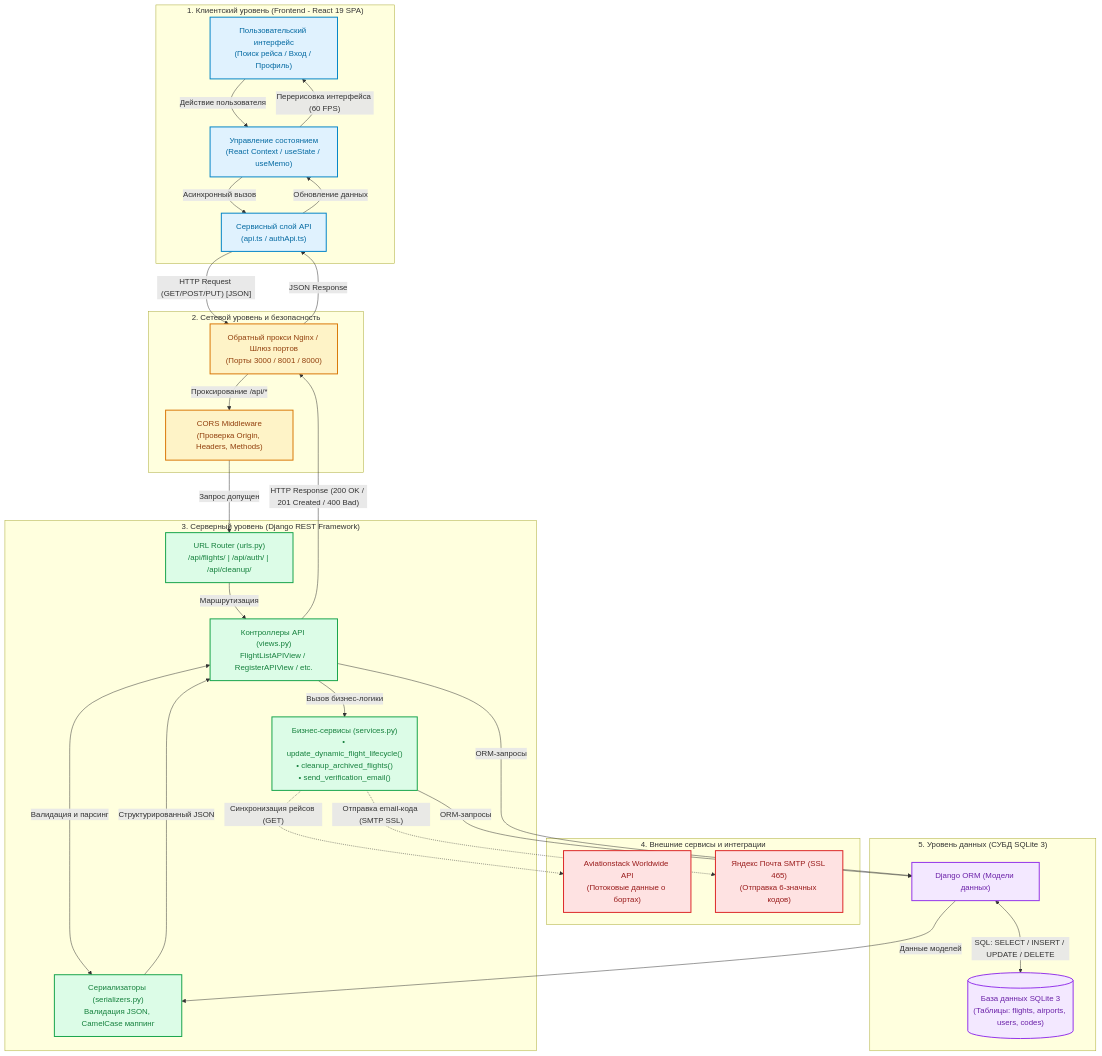
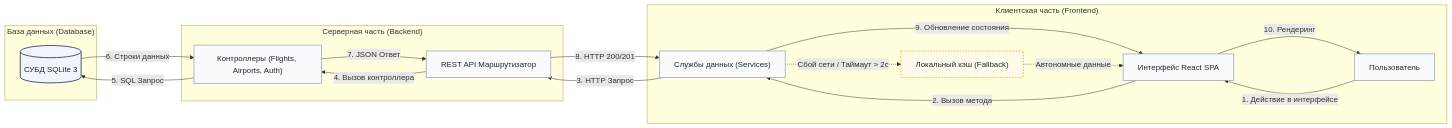
The diagram in docs/REQUEST_FLOW_DIAGRAM.md (Shonni123/RPI_Kurs), drawn with Mermaid before and after one commit. The commit also changed other lines of this file and 1 other file, not shown here.

Commit message:
docs(diagrams): align request flow diagram with 10-step horizontal architecture standard

````diff
--- a/docs/REQUEST_FLOW_DIAGRAM.md
+++ b/docs/REQUEST_FLOW_DIAGRAM.md
@@ -11,64 +9,45 @@
 ```mermaid
-flowchart TD
-    %% Стилизация узлов
-    classDef client fill:#E0F2FE,stroke:#0284C7,stroke-width:2px,color:#0369A1;
-    classDef network fill:#FEF3C7,stroke:#D97706,stroke-width:2px,color:#92400E;
-    classDef backend fill:#DCFCE7,stroke:#16A34A,stroke-width:2px,color:#15803D;
-    classDef database fill:#F3E8FF,stroke:#9333EA,stroke-width:2px,color:#6B21A8;
-    classDef external fill:#FEE2E2,stroke:#DC2626,stroke-width:2px,color:#991B1B;
-
-    subgraph ClientLayer ["1. Клиентский уровень (Frontend - React 19 SPA)"]
-        UI["Пользовательский интерфейс<br/>(Поиск рейса / Вход / Профиль)"]:::client
-        State["Управление состоянием<br/>(React Context / useState / useMemo)"]:::client
-        ApiService["Сервисный слой API<br/>(api.ts / authApi.ts)"]:::client
+flowchart LR
+    subgraph DB ["База данных (Database)"]
+        SQLite[("СУБД SQLite 3")]
     end
 
-    subgraph NetworkLayer ["2. Сетевой уровень и безопасность"]
-        Gateway["Обратный прокси Nginx / Шлюз портов<br/>(Порты 3000 / 8001 / 8000)"]:::network
-        CORS["CORS Middleware<br/>(Проверка Origin, Headers, Methods)"]:::network
+    subgraph Backend ["Серверная часть (Backend)"]
+        Controllers["Контроллеры (Flights, Airports, Auth)"]
+        Router["REST API Маршрутизатор"]
     end
 
-    subgraph BackendLayer ["3. Серверный уровень (Django REST Framework)"]
-        UrlConf["URL Router (urls.py)<br/>/api/flights/ | /api/auth/ | /api/cleanup/"]:::backend
-        Views["Контроллеры API (views.py)<br/>FlightListAPIView / RegisterAPIView / etc."]:::backend
-        Serializers["Сериализаторы (serializers.py)<br/>Валидация JSON, CamelCase маппинг"]:::backend
-        Services["Бизнес-сервисы (services.py)<br/>• update_dynamic_flight_lifecycle()<br/>• cleanup_archived_flights()<br/>• send_verification_email()"]:::backend
+    subgraph Frontend ["Клиентская часть (Frontend)"]
+        Services["Службы данных (Services)"]
+        Fallback["Локальный кэш (Fallback)"]
+        UI["Интерфейс React SPA"]
+        User["Пользователь"]
     end
 
-    subgraph ExternalServices ["4. Внешние сервисы и интеграции"]
-        Aviationstack["Aviationstack Worldwide API<br/>(Потоковые данные о бортах)"]:::external
-        YandexSMTP["Яндекс Почта SMTP (SSL 465)<br/>(Отправка 6-значных кодов)"]:::external
-    end
+    %% Прямой поток запроса (Нижний контур: 1 -> 5)
+    User -->|"1. Действие в интерфейсе"| UI
+    UI -->|"2. Вызов метода"| Services
+    Services -->|"3. HTTP Запрос"| Router
+    Router -->|"4. Вызов контроллера"| Controllers
+    Controllers -->|"5. SQL Запрос"| SQLite
 
-    subgraph DatabaseLayer ["5. Уровень данных (СУБД SQLite 3)"]
-        DjangoORM["Django ORM (Модели данных)"]:::database
-        SQLite[("База данных SQLite 3<br/>(Таблицы: flights, airports, users, codes)")]:::database
-    end
+    %% Обратный поток ответа (Верхний контур: 6 -> 10)
+    SQLite -->|"6. Строки данных"| Controllers
+    Controllers -->|"7. JSON Ответ"| Router
+    Router -->|"8. HTTP 200/201"| Services
+    Services -->|"9. Обновление состояния"| UI
+    UI -->|"10. Рендеринг"| User
 
-    %% Потоки запросов
-    UI -->|"Действие пользователя"| State
-    State -->|"Асинхронный вызов"| ApiService
-    ApiService -->|"HTTP Request (GET/POST/PUT) [JSON]"| Gateway
-    Gateway -->|"Проксирование /api/*"| CORS
-    CORS -->|"Запрос допущен"| UrlConf
-    UrlConf -->|"Маршрутизация"| Views
-    Views <-->|"Валидация и парсинг"| Serializers
-    Views -->|"Вызов бизнес-логики"| Services
+    %% Альтернативный автономный контур (Fallback)
+    Services -.->|"Сбой сети / Таймаут > 2c"| Fallback
+    Fallback -.->|"Автономные данные"| UI
 
-    %% Взаимодействие с внешними API
-    Services -.->|"Синхронизация рейсов (GET)"| Aviationstack
-    Services -.->|"Отправка email-кода (SMTP SSL)"| YandexSMTP
+    %% Стилизация
+    classDef default fill:#F8FAFC,stroke:#94A3B8,stroke-width:1.5px,color:#1E293B;
+    classDef box fill:#FFFFFF,stroke:#64748B,stroke-width:1px,stroke-dasharray: 4 4;
+    classDef db fill:#F1F5F9,stroke:#475569,stroke-width:2px;
+    classDef fallback fill:#FFFBEB,stroke:#F59E0B,stroke-width:1.5px,stroke-dasharray: 3 3;
 
-    %% Взаимодействие с БД
-    Services -->|"ORM-запросы"| DjangoORM
-    Views -->|"ORM-запросы"| DjangoORM
-    DjangoORM <-->|"SQL: SELECT / INSERT / UPDATE / DELETE"| SQLite
-
-    %% Обратный путь ответа
-    DjangoORM -->|"Данные моделей"| Serializers
-    Serializers -->|"Структурированный JSON"| Views
-    Views -->|"HTTP Response (200 OK / 201 Created / 400 Bad)"| Gateway
-    Gateway -->|"JSON Response"| ApiService
-    ApiService -->|"Обновление данных"| State
-    State -->|"Перерисовка интерфейса (60 FPS)"| UI
+    class SQLite db;
+    class Fallback fallback;
 ```
````
